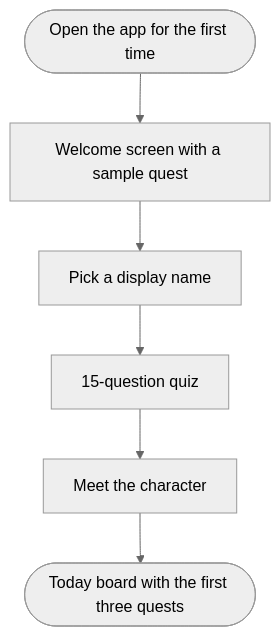
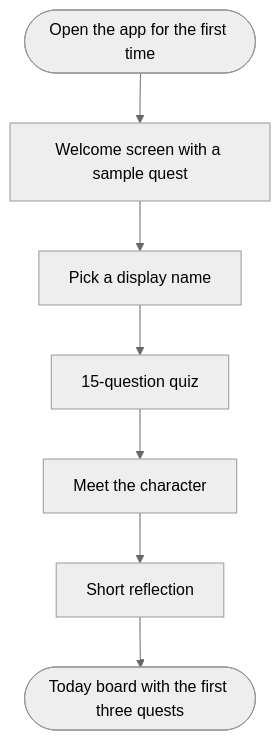
Before and after one commit to Tara-Y-ops/Me-online: the first of 3 diagrams in docs/user-flows.md, drawn with Mermaid. The commit also changed other lines of this file and 1 other file, not shown here.

Commit message:
docs: update PRD and user flows for wireframe feedback

````diff
--- a/docs/user-flows.md
+++ b/docs/user-flows.md
@@ -13,9 +13,10 @@
 ```mermaid
 %%{init: {'theme': 'neutral'}}%%
 flowchart TD
     A([Open the app for the first time]) --> B[Welcome screen with a sample quest]
     B --> C[Pick a display name]
     C --> D[15-question quiz]
     D --> E[Meet the character]
-    E --> F([Today board with the first three quests])
+    E --> G[Short reflection]
+    G --> F([Today board with the first three quests])
 ```
````
